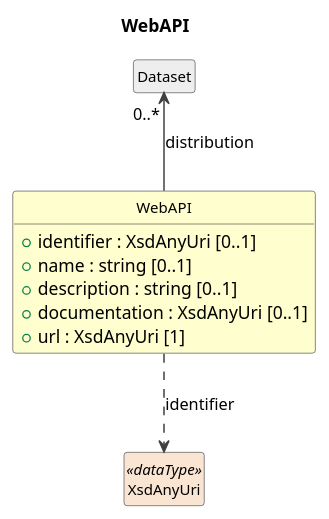
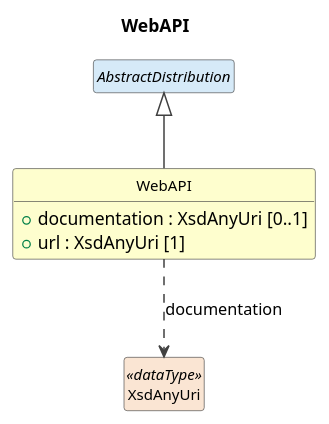
Before and after one commit to Cross-Domain-Interoperability-Framework/metadataBuildingBlocks: the diagram in build/plantuml/cdifCore/Classes/WebAPI.pu, drawn with PlantUML. The commit also changed 64 other files, not shown here.

```diff
--- a/build/plantuml/cdifCore/Classes/WebAPI.pu
+++ b/build/plantuml/cdifCore/Classes/WebAPI.pu
@@ -1,25 +1,22 @@
 @startuml
 title WebAPI
 hide circle
 hide empty members
 skinparam shadowing false
 skinparam ArrowThickness 1.2
 skinparam class {
   ArrowColor #404040
   BorderColor #404040
   FontSize 12
 }
 
 class "WebAPI" as WebAPI #FEFECE {
-  +identifier : XsdAnyUri [0..1]
-  +name : string [0..1]
-  +description : string [0..1]
   +documentation : XsdAnyUri [0..1]
   +url : XsdAnyUri [1]
 }
-class "Dataset" as Dataset #EEEEEE
-Dataset "0..*" <-- WebAPI : distribution
+abstract class "AbstractDistribution" as AbstractDistribution #D6EAF8
+AbstractDistribution <|-- WebAPI
 class "XsdAnyUri" as XsdAnyUri <<dataType>> #FAE5D3
-WebAPI ..> XsdAnyUri : identifier
+WebAPI ..> XsdAnyUri : documentation
 
 @enduml
```
